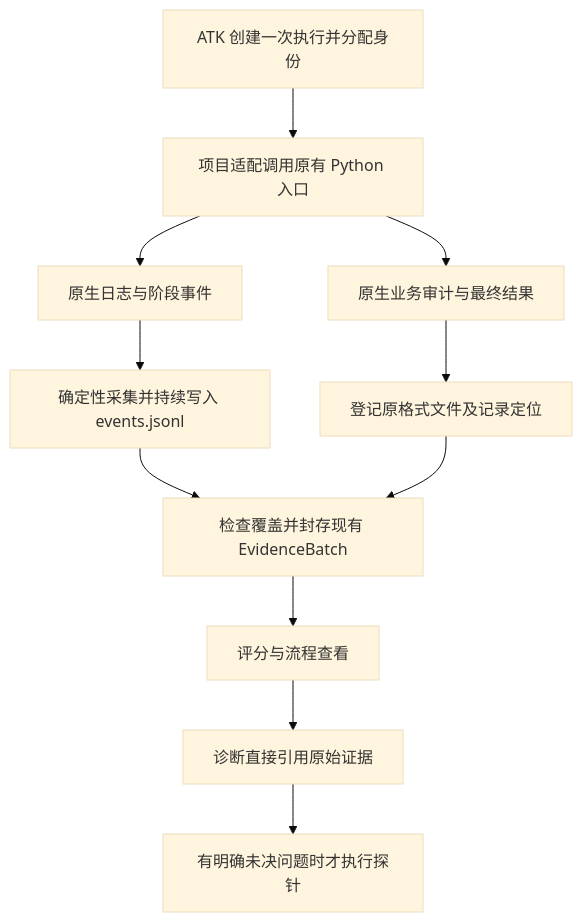
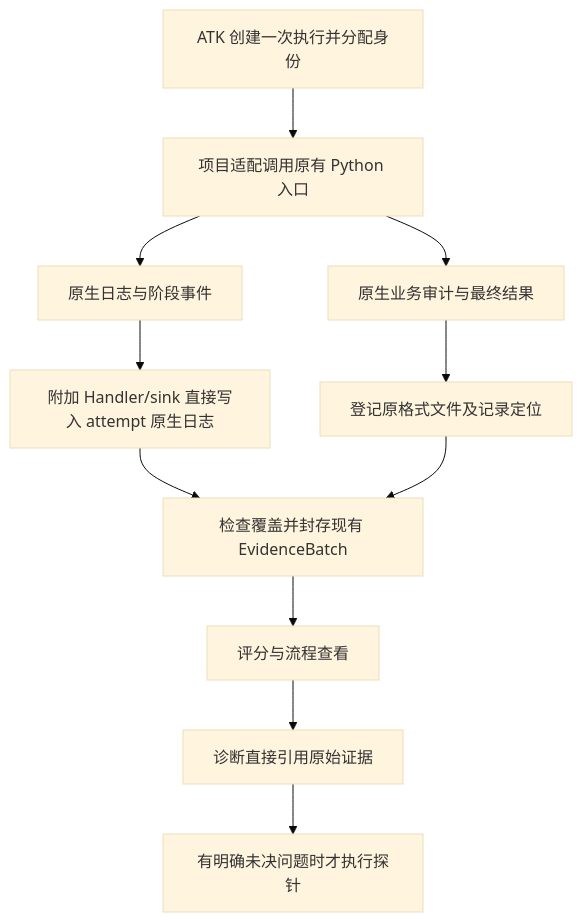
Before and after one commit to hustyichi/agent-tune-kit: the diagram in docs/python-execution-evidence-plan.md, drawn with Mermaid (base theme). The commit also changed other lines of this file and 15 other files, not shown here.

````diff
--- a/docs/python-execution-evidence-plan.md
+++ b/docs/python-execution-evidence-plan.md
@@ -59,13 +60,13 @@
 ```mermaid
 flowchart TD
     A[ATK 创建一次执行并分配身份] --> B[项目适配调用原有 Python 入口]
     B --> C[原生日志与阶段事件]
     B --> D[原生业务审计与最终结果]
-    C --> E[确定性采集并持续写入 events.jsonl]
+    C --> E[附加 Handler/sink 直接写入 attempt 原生日志]
     D --> F[登记原格式文件及记录定位]
     E --> G[检查覆盖并封存现有 EvidenceBatch]
     F --> G
     G --> H[评分与流程查看]
     H --> I[诊断直接引用原始证据]
     I --> J[有明确未决问题时才执行探针]
 ```
````
